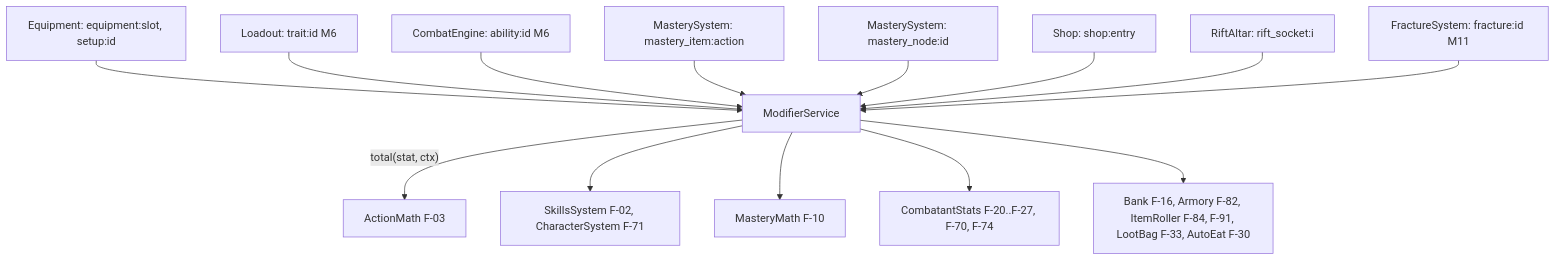
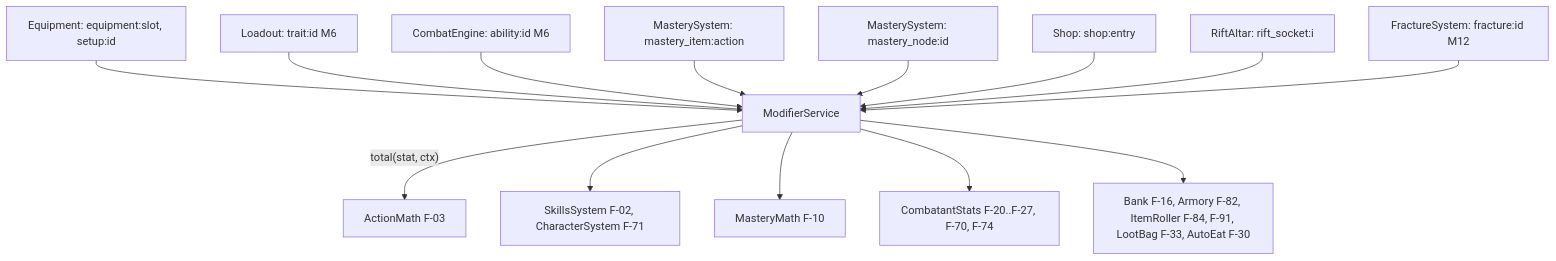
One commit to BriLaLaLa/Rifstone-Saga---Melvor changed the sixth of 6 diagrams in docs/03_ARCHITECTURE.md. Above: the diagram before and after it, drawn with Mermaid. The commit also changed other lines of this file and 13 other files, not shown here.

Commit message:
docs: R-02 Guida in gioco, roadmap rinumerata

````diff
--- a/docs/03_ARCHITECTURE.md
+++ b/docs/03_ARCHITECTURE.md
@@ -315,16 +315,16 @@
 ```mermaid
 flowchart TD
     EQ[Equipment: equipment:slot, setup:id] --> MS[ModifierService]
     LO[Loadout: trait:id M6] --> MS
     CE[CombatEngine: ability:id M6] --> MS
     MI[MasterySystem: mastery_item:action] --> MS
     MN[MasterySystem: mastery_node:id] --> MS
     SH[Shop: shop:entry] --> MS
     RA[RiftAltar: rift_socket:i] --> MS
-    FR[FractureSystem: fracture:id M11] --> MS
+    FR[FractureSystem: fracture:id M12] --> MS
     MS -->|"total(stat, ctx)"| F1[ActionMath F-03]
     MS --> F2[SkillsSystem F-02, CharacterSystem F-71]
     MS --> F3[MasteryMath F-10]
     MS --> F4[CombatantStats F-20..F-27, F-70, F-74]
     MS --> F5[Bank F-16, Armory F-82, ItemRoller F-84, F-91, LootBag F-33, AutoEat F-30]
 ```
````
